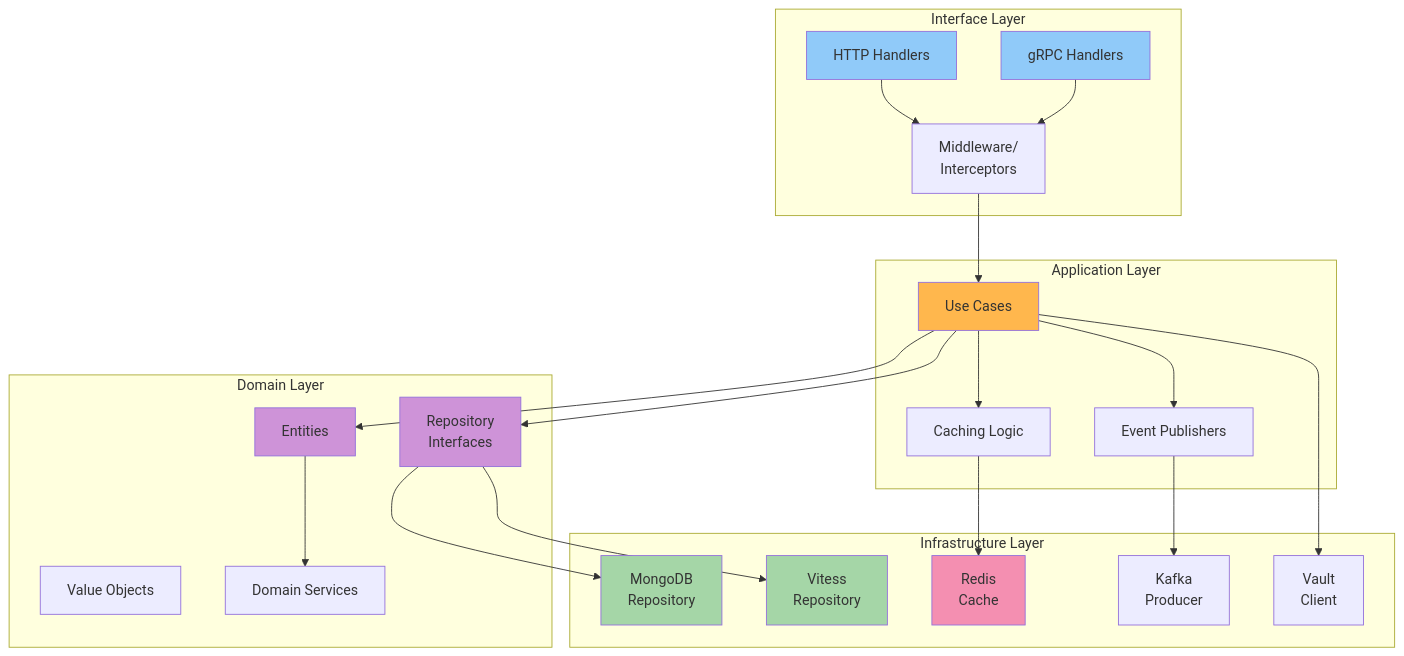
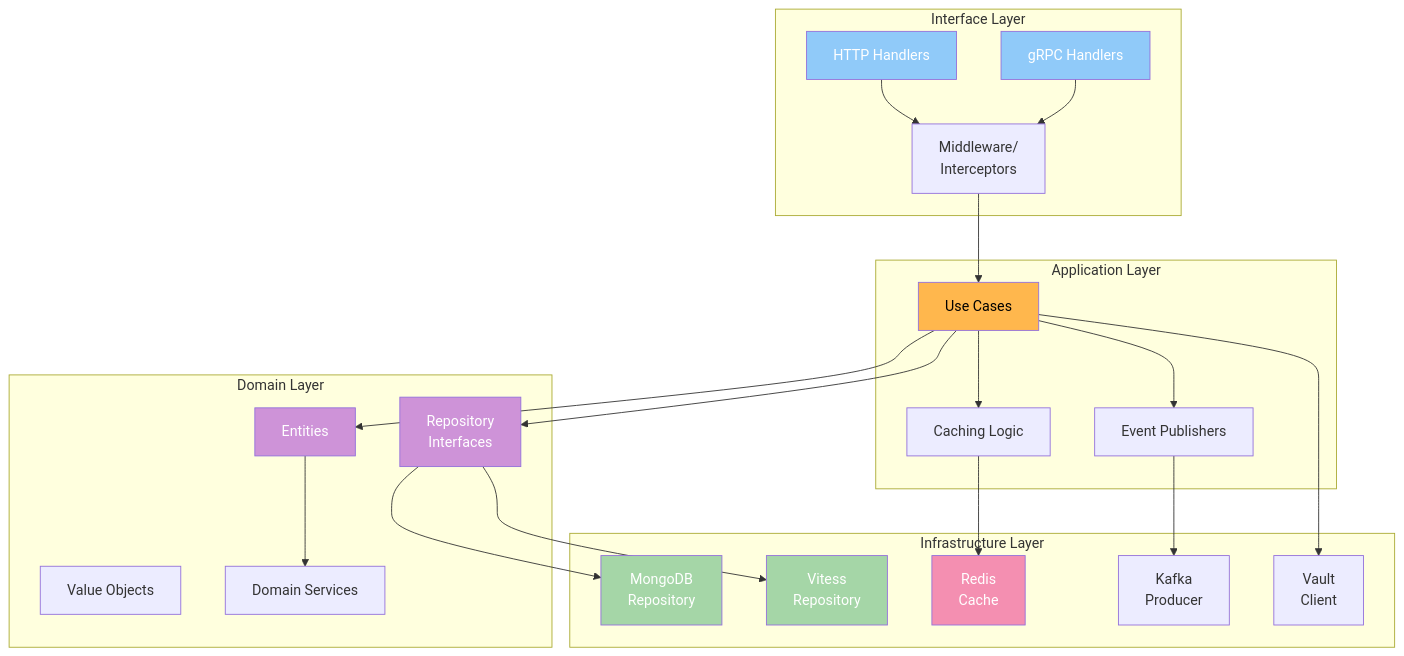
The second of 11 diagrams in docs/ARCHITECTURE.md (YouSangSon/database-service), drawn with Mermaid before and after one commit. The commit also changed other lines of this file and 1 other file, not shown here.

First line of the commit message:
Fix Mermaid diagram text colors for better readability

````diff
--- a/docs/ARCHITECTURE.md
+++ b/docs/ARCHITECTURE.md
@@ -77,52 +77,52 @@
 ```mermaid
 graph TD
     subgraph "Interface Layer"
         HTTP[HTTP Handlers]
         GRPC[gRPC Handlers]
         MW[Middleware/<br/>Interceptors]
     end
 
     subgraph "Application Layer"
         UC[Use Cases]
         EV[Event Publishers]
         CACHE[Caching Logic]
     end
 
     subgraph "Domain Layer"
         ENT[Entities]
         VO[Value Objects]
         REPO_IF[Repository<br/>Interfaces]
         DS[Domain Services]
     end
 
     subgraph "Infrastructure Layer"
         MONGO_R[MongoDB<br/>Repository]
         VITESS_R[Vitess<br/>Repository]
         REDIS_C[Redis<br/>Cache]
         KAFKA_P[Kafka<br/>Producer]
         VAULT_C[Vault<br/>Client]
     end
 
     HTTP --> MW
     GRPC --> MW
     MW --> UC
     UC --> EV
     UC --> CACHE
     UC --> ENT
     UC --> REPO_IF
     REPO_IF --> MONGO_R
     REPO_IF --> VITESS_R
     ENT --> DS
     CACHE --> REDIS_C
     EV --> KAFKA_P
     UC --> VAULT_C
 
-    style HTTP fill:#90caf9
-    style GRPC fill:#90caf9
-    style UC fill:#ffb74d
-    style ENT fill:#ce93d8
-    style REPO_IF fill:#ce93d8
-    style MONGO_R fill:#a5d6a7
-    style VITESS_R fill:#a5d6a7
-    style REDIS_C fill:#f48fb1
+    style HTTP fill:#90caf9,color:#fff
+    style GRPC fill:#90caf9,color:#fff
+    style UC fill:#ffb74d,color:#000
+    style ENT fill:#ce93d8,color:#fff
+    style REPO_IF fill:#ce93d8,color:#fff
+    style MONGO_R fill:#a5d6a7,color:#fff
+    style VITESS_R fill:#a5d6a7,color:#fff
+    style REDIS_C fill:#f48fb1,color:#fff
 ```
````
